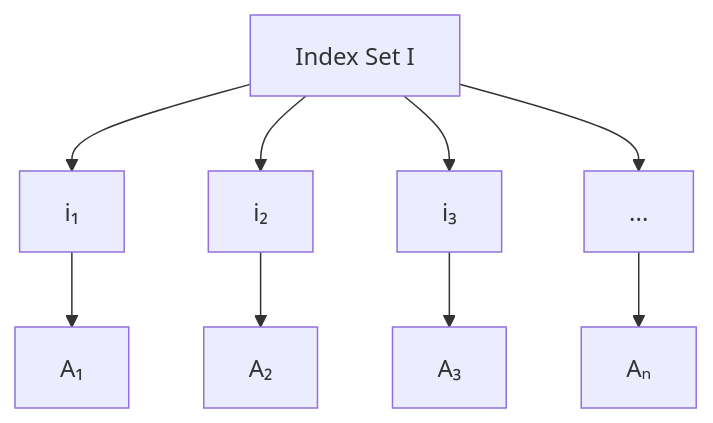
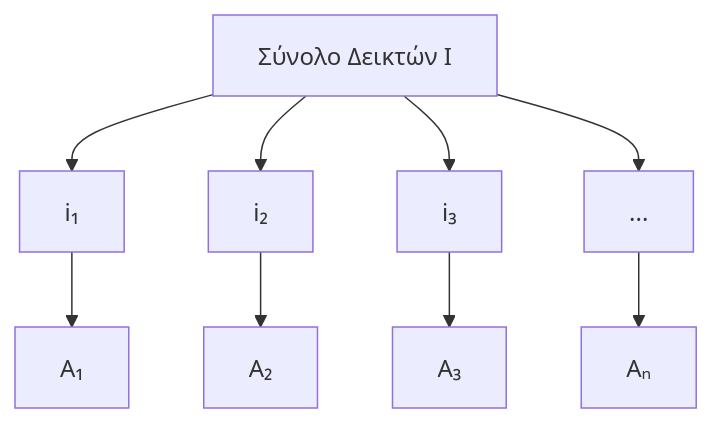
One commit to PanagopoulosNikolaos/DitOpenNotes changed the first of 2 diagrams in Year_1/Semester_2/DISCRETE_MATHEMATICS/Resources/Notes/4_Indexed Sets & Well Ordering Principle.md. Above: the diagram before and after it, drawn with Mermaid. The commit also changed other lines of this file and 8 other files, not shown here.

````diff
--- a/Year_1/Semester_2/DISCRETE_MATHEMATICS/Resources/Notes/4_Indexed Sets & Well Ordering Principle.md
+++ b/Year_1/Semester_2/DISCRETE_MATHEMATICS/Resources/Notes/4_Indexed Sets & Well Ordering Principle.md
@@ -13,17 +13,17 @@
 ```mermaid
 graph TD
-    I[Index Set I] --> i1[i₁]
+    I[Σύνολο Δεικτών I] --> i1[i₁]
     I --> i2[i₂] 
     I --> i3[i₃]
     I --> dots[...]
     i1 --> A1[A₁]
     i2 --> A2[A₂]
     i3 --> A3[A₃]
     dots --> An[Aₙ]
     
     style I fill:#f
     style A1 fill:#f
     style A2 fill:#f
     style A3 fill:#f
     style An fill:#f
 ```
````
